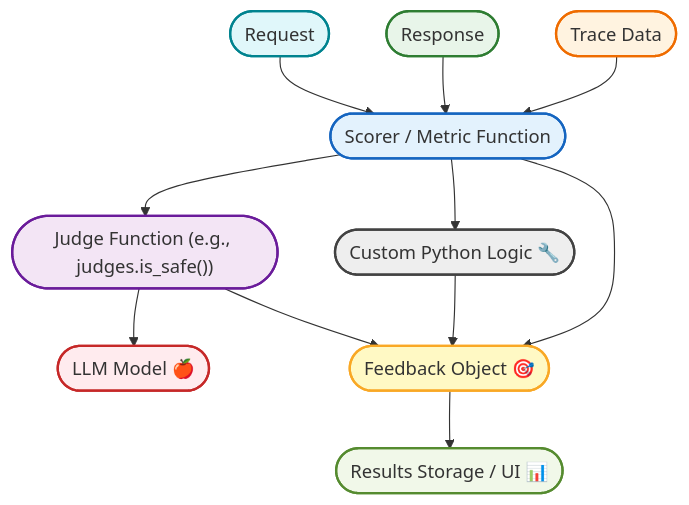
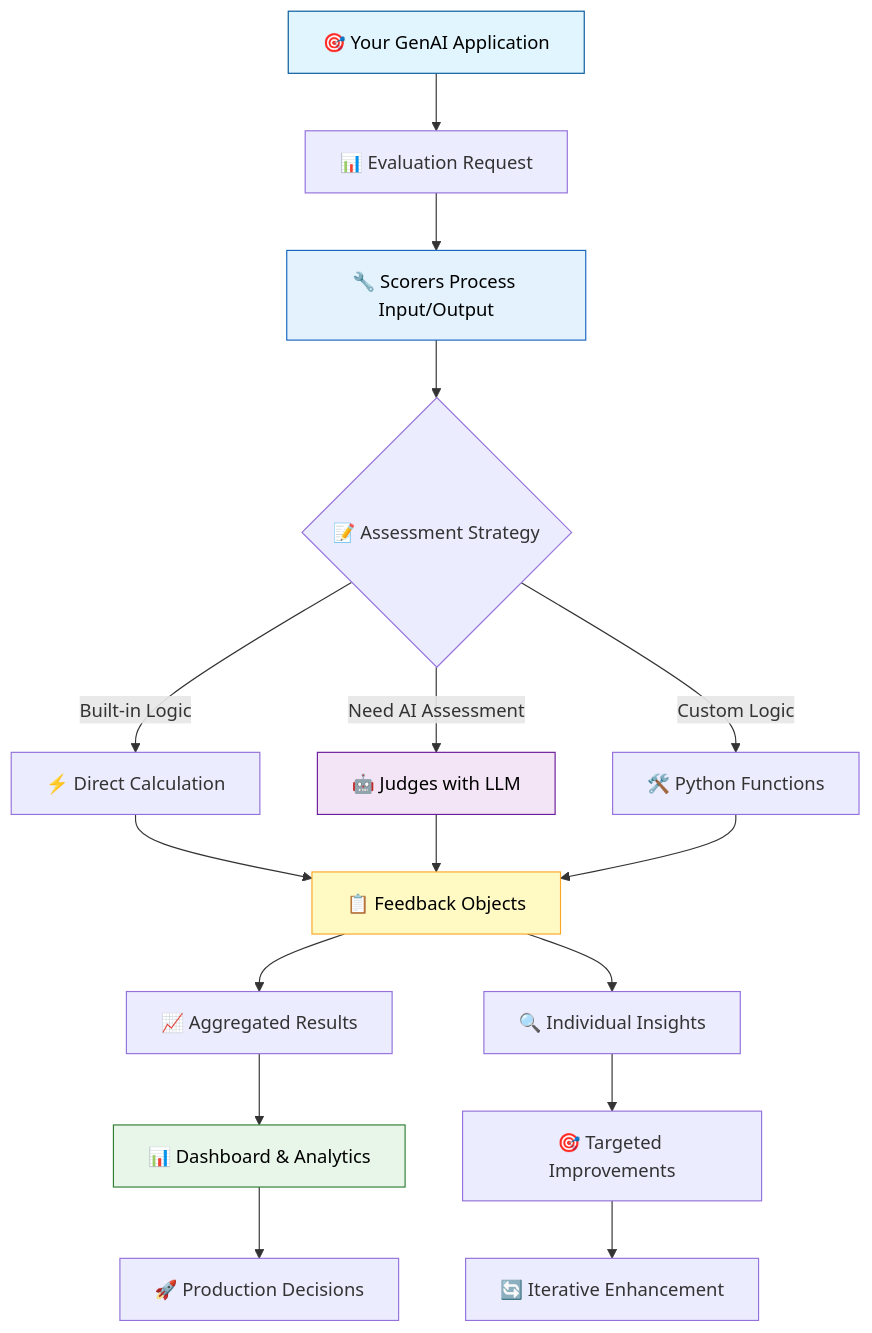
Before and after one commit to mlflow/mlflow: the diagram in docs/docs/genai/eval-monitor/concepts/scorer-judge.mdx, drawn with Mermaid. The commit also changed other lines of this file and 50 other files, not shown here.

````diff
--- a/docs/docs/genai/eval-monitor/concepts/scorer-judge.mdx
+++ b/docs/docs/genai/eval-monitor/concepts/scorer-judge.mdx
@@ -110,23 +286,29 @@
 ```mermaid
 graph TD
-    req(["Request"]):::reqStyle --> Scorer(["Scorer / Metric Function"]):::scorerStyle
-    resp(["Response"]):::respStyle --> Scorer
-    trace(["Trace Data"]):::traceStyle --> Scorer
-    Scorer --> Judge(["Judge Function (e.g., judges.is_safe())"]):::judgeStyle
-    Judge --> LLM(["LLM Model 🍎"]):::llmStyle
-    Judge --> FB(["Feedback Object 🎯"]):::fbStyle
-    Scorer --> Custom(["Custom Python Logic 🔧"]):::customStyle
-    Custom --> FB
-    Scorer --> FB
-    FB --> Storage(["Results Storage / UI 📊"]):::storageStyle
+    A[🎯 Your GenAI Application] --> B[📊 Evaluation Request]
+    B --> C[🔧 Scorers Process Input/Output]
+    C --> D{📝 Assessment Strategy}
 
-    classDef reqStyle fill:#e0f7fa,stroke:#00838f,stroke-width:2px;
-    classDef respStyle fill:#e8f5e9,stroke:#2e7d32,stroke-width:2px;
-    classDef traceStyle fill:#fff3e0,stroke:#ef6c00,stroke-width:2px;
-    classDef scorerStyle fill:#e3f2fd,stroke:#1565c0,stroke-width:2px;
-    classDef judgeStyle fill:#f3e5f5,stroke:#6a1b9a,stroke-width:2px;
-    classDef llmStyle fill:#ffebee,stroke:#c62828,stroke-width:2px;
-    classDef customStyle fill:#eeeeee,stroke:#424242,stroke-width:2px;
-    classDef fbStyle fill:#fff9c4,stroke:#f9a825,stroke-width:2px;
-    classDef storageStyle fill:#f1f8e9,stroke:#558b2f,stroke-width:2px;
+    D -->|Built-in Logic| E[⚡ Direct Calculation]
+    D -->|Need AI Assessment| F[🤖 Judges with LLM]
+    D -->|Custom Logic| G[🛠️ Python Functions]
+
+    E --> H[📋 Feedback Objects]
+    F --> H
+    G --> H
+
+    H --> I[📈 Aggregated Results]
+    H --> J[🔍 Individual Insights]
+
+    I --> K[📊 Dashboard & Analytics]
+    J --> L[🎯 Targeted Improvements]
+
+    K --> M[🚀 Production Decisions]
+    L --> N[🔄 Iterative Enhancement]
+
+    style A fill:#e1f5fe,stroke:#01579b,color:#000
+    style C fill:#e3f2fd,stroke:#1565c0,color:#000
+    style F fill:#f3e5f5,stroke:#6a1b9a,color:#000
+    style H fill:#fff9c4,stroke:#f9a825,color:#000
+    style K fill:#e8f5e9,stroke:#2e7d32,color:#000
 ```
````
